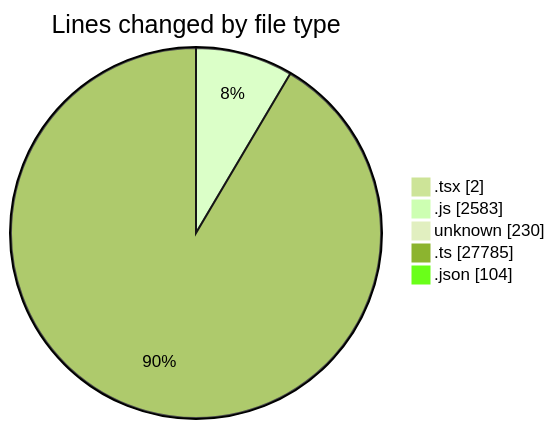
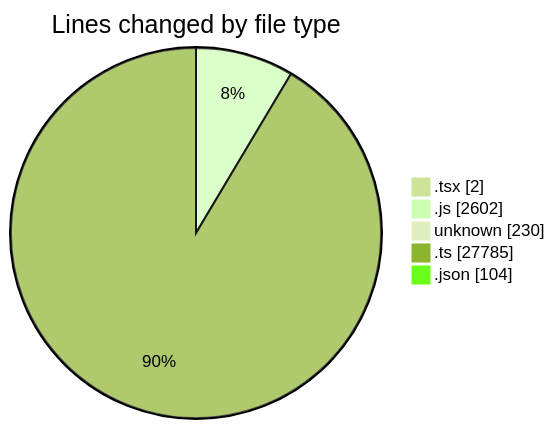
The first of 2 diagrams in 2026-05-06/cda/README.md (momahboobian/code-tracking), drawn with Mermaid (forest theme) before and after one commit. The commit also changed other lines of this file and 1 other file, not shown here.

````diff
--- a/2026-05-06/cda/README.md
+++ b/2026-05-06/cda/README.md
@@ -36,9 +36,9 @@
 ```mermaid
 pie showData
 title Lines changed by file type
 ".tsx" : 2
-".js" : 2583
+".js" : 2602
 "unknown" : 230
 ".ts" : 27785
 ".json" : 104
 ```
````
